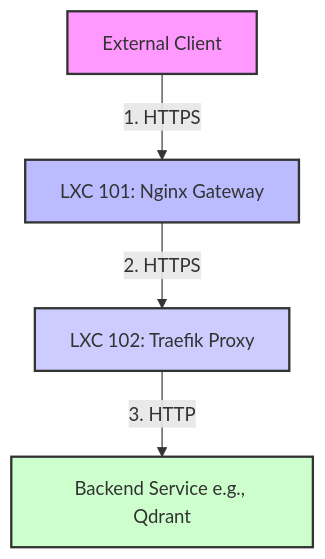
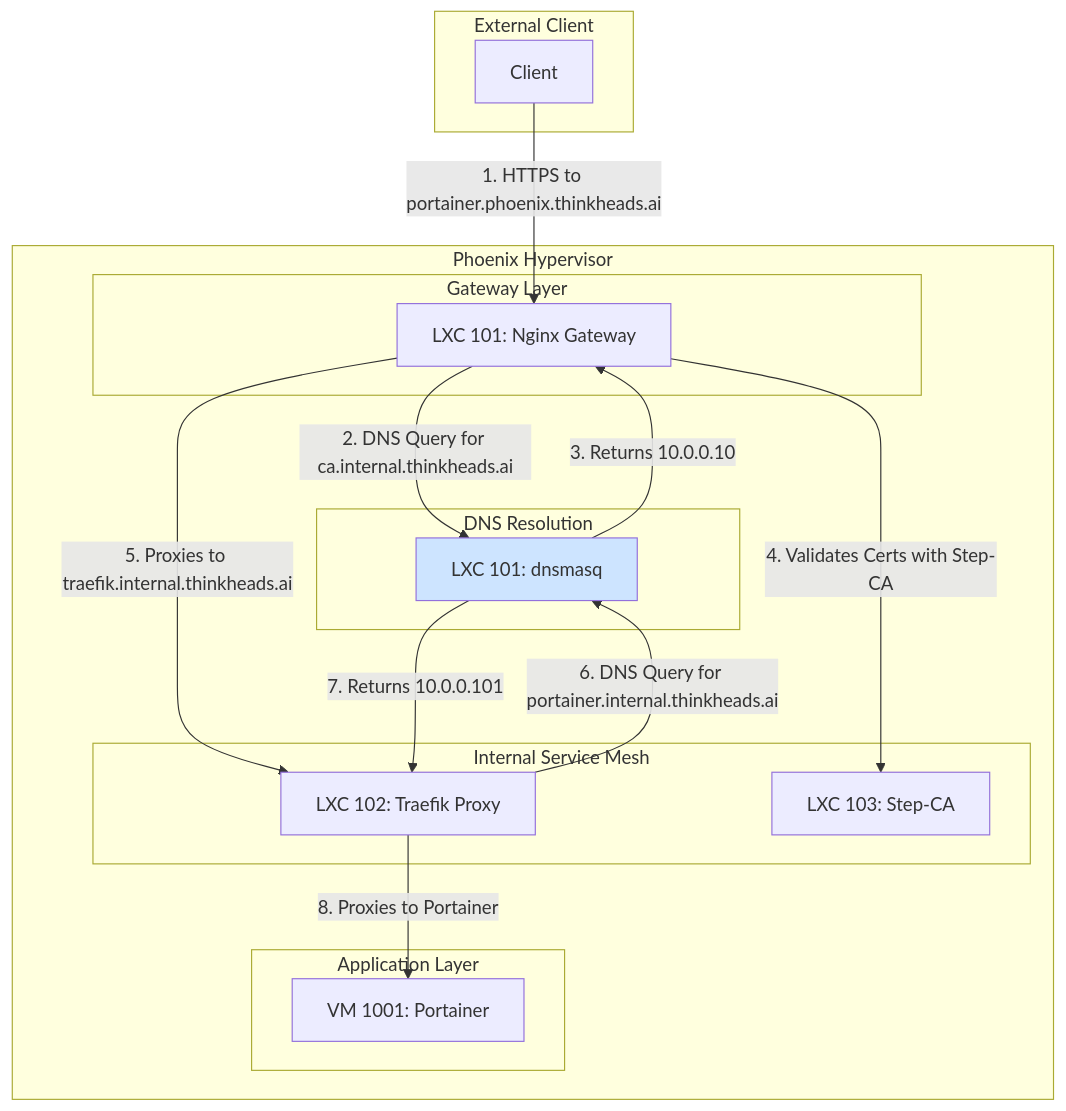
The first of 2 diagrams in temp_docs/traffic_flow.md (SirHeads/Testing-ideas), drawn with Mermaid before and after one commit. The commit also changed other lines of this file and 30 other files, not shown here.

````diff
--- a/temp_docs/traffic_flow.md
+++ b/temp_docs/traffic_flow.md
@@ -9,11 +9,36 @@
 ```mermaid
 graph TD
-    A[External Client] -- "1. HTTPS" --> B[LXC 101: Nginx Gateway];
-    B -- "2. HTTPS" --> C[LXC 102: Traefik Proxy];
-    C -- "3. HTTP" --> D[Backend Service e.g., Qdrant];
+    subgraph "External Client"
+        A[Client]
+    end
 
-    style A fill:#f9f,stroke:#333,stroke-width:2px
-    style B fill:#bbf,stroke:#333,stroke-width:2px
-    style C fill:#ccf,stroke:#333,stroke-width:2px
-    style D fill:#cfc,stroke:#333,stroke-width:2px
+    subgraph "Phoenix Hypervisor"
+        subgraph "DNS Resolution"
+            DNS[LXC 101: dnsmasq]
+        end
+
+        subgraph "Gateway Layer"
+            B[LXC 101: Nginx Gateway]
+        end
+
+        subgraph "Internal Service Mesh"
+            C[LXC 102: Traefik Proxy]
+            D[LXC 103: Step-CA]
+        end
+
+        subgraph "Application Layer"
+            E[VM 1001: Portainer]
+        end
+    end
+
+    A -- "1. HTTPS to portainer.phoenix.thinkheads.ai" --> B
+    B -- "2. DNS Query for ca.internal.thinkheads.ai" --> DNS
+    DNS -- "3. Returns 10.0.0.10" --> B
+    B -- "4. Validates Certs with Step-CA" --> D
+    B -- "5. Proxies to traefik.internal.thinkheads.ai" --> C
+    C -- "6. DNS Query for portainer.internal.thinkheads.ai" --> DNS
+    DNS -- "7. Returns 10.0.0.101" --> C
+    C -- "8. Proxies to Portainer" --> E
+
+    style DNS fill:#cde4ff
 ```
````
